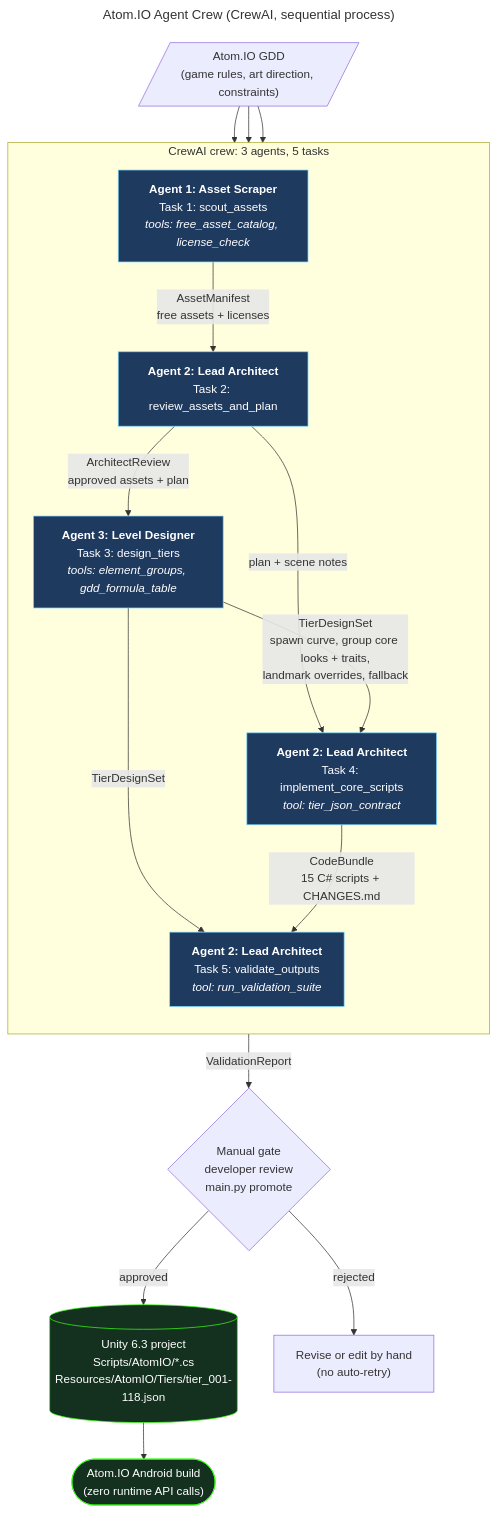
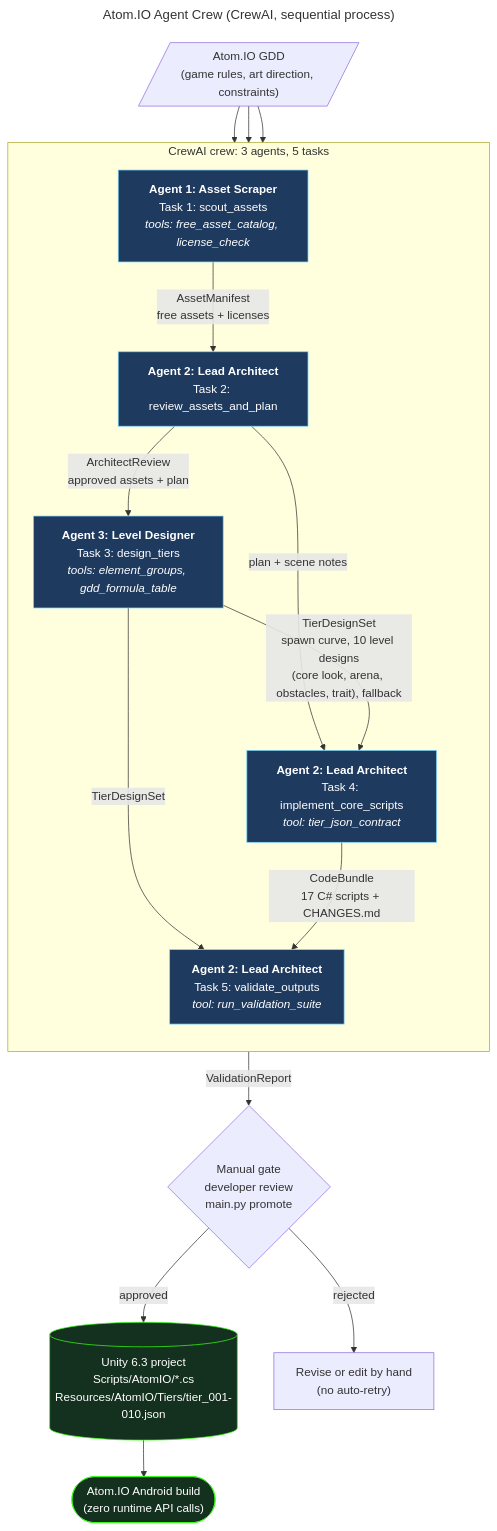
The diagram in crew_diagram.mmd (HariPoupart/Atom.IO), drawn with Mermaid before and after one commit. The commit also changed 199 other files, not shown here.

```diff
--- a/crew_diagram.mmd
+++ b/crew_diagram.mmd
@@ -1,32 +1,32 @@
 ---
 title: Atom.IO Agent Crew (CrewAI, sequential process)
 ---
 flowchart TB
     GDD[/"Atom.IO GDD<br/>(game rules, art direction, constraints)"/]
 
     subgraph CREW["CrewAI crew: 3 agents, 5 tasks"]
         direction TB
         SCR["<b>Agent 1: Asset Scraper</b><br/>Task 1: scout_assets<br/><i>tools: free_asset_catalog, license_check</i>"]
         ARC1["<b>Agent 2: Lead Architect</b><br/>Task 2: review_assets_and_plan"]
         LVL["<b>Agent 3: Level Designer</b><br/>Task 3: design_tiers<br/><i>tools: element_groups, gdd_formula_table</i>"]
         ARC2["<b>Agent 2: Lead Architect</b><br/>Task 4: implement_core_scripts<br/><i>tool: tier_json_contract</i>"]
         ARC3["<b>Agent 2: Lead Architect</b><br/>Task 5: validate_outputs<br/><i>tool: run_validation_suite</i>"]
     end
 
     GDD --> SCR & ARC1 & ARC2
     SCR -- "AssetManifest<br/>free assets + licenses" --> ARC1
     ARC1 -- "ArchitectReview<br/>approved assets + plan" --> LVL
     ARC1 -- "plan + scene notes" --> ARC2
-    LVL -- "TierDesignSet<br/>spawn curve, group core looks + traits,<br/>landmark overrides, fallback" --> ARC2
+    LVL -- "TierDesignSet<br/>spawn curve, 10 level designs<br/>(core look, arena, obstacles, trait), fallback" --> ARC2
     LVL -- "TierDesignSet" --> ARC3
-    ARC2 -- "CodeBundle<br/>15 C# scripts + CHANGES.md" --> ARC3
+    ARC2 -- "CodeBundle<br/>17 C# scripts + CHANGES.md" --> ARC3
 
     ARC3 -- "ValidationReport" --> GATE{"Manual gate<br/>developer review<br/>main.py promote"}
-    GATE -- "approved" --> UNITY[("Unity 6.3 project<br/>Scripts/AtomIO/*.cs<br/>Resources/AtomIO/Tiers/tier_001-118.json")]
+    GATE -- "approved" --> UNITY[("Unity 6.3 project<br/>Scripts/AtomIO/*.cs<br/>Resources/AtomIO/Tiers/tier_001-010.json")]
     GATE -- "rejected" --> REV["Revise or edit by hand<br/>(no auto-retry)"]
     UNITY --> GAME(["Atom.IO Android build<br/>(zero runtime API calls)"])
 
     classDef agent fill:#1f3a5f,stroke:#7fd8ff,color:#ffffff
     classDef store fill:#14301f,stroke:#39ff14,color:#ffffff
     class SCR,ARC1,LVL,ARC2,ARC3 agent
     class UNITY,GAME store
```
